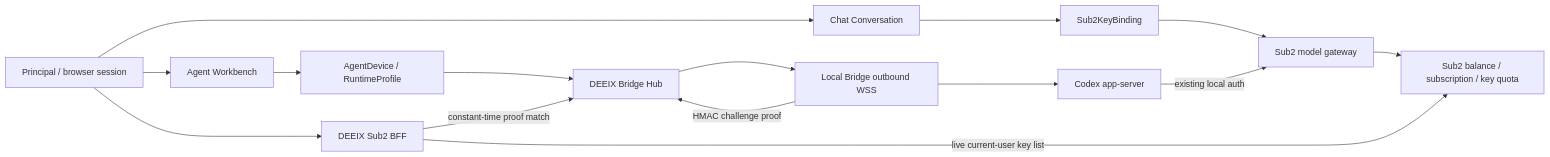
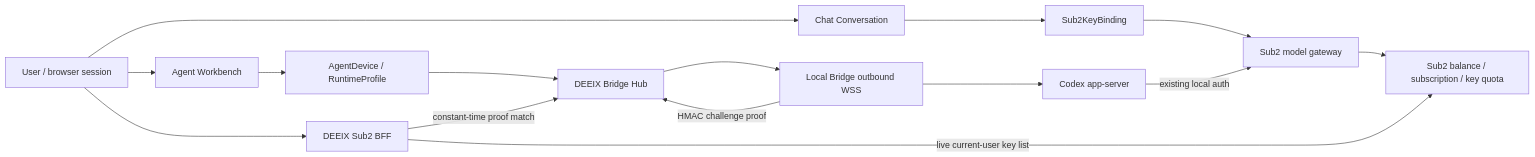
One commit to jhupo/DEEIX-Chat changed the first of 2 diagrams in docs/agent-runtime/08-clean-slate-identity-commerce-runtime.md. Above: the diagram before and after it, drawn with Mermaid. The commit also changed other lines of this file and 996 other files, not shown here.

````diff
--- a/docs/agent-runtime/08-clean-slate-identity-commerce-runtime.md
+++ b/docs/agent-runtime/08-clean-slate-identity-commerce-runtime.md
@@ -40,18 +40,18 @@
 ```mermaid
 flowchart LR
-  P["Principal / browser session"] --> Chat["Chat Conversation"]
+  P["User / browser session"] --> Chat["Chat Conversation"]
   Chat --> Key["Sub2KeyBinding"]
   Key --> SG["Sub2 model gateway"]
   SG --> Commerce["Sub2 balance / subscription / key quota"]
 
   P --> Work["Agent Workbench"]
   Work --> Device["AgentDevice / RuntimeProfile"]
   Device --> Hub["DEEIX Bridge Hub"]
   Hub --> Bridge["Local Bridge outbound WSS"]
   Bridge --> Codex["Codex app-server"]
   Codex -->|"existing local auth"| SG
   Bridge -->|"HMAC challenge proof"| Hub
   P --> BFF["DEEIX Sub2 BFF"]
   BFF -->|"live current-user key list"| Commerce
   BFF -->|"constant-time proof match"| Hub
 ```
````
